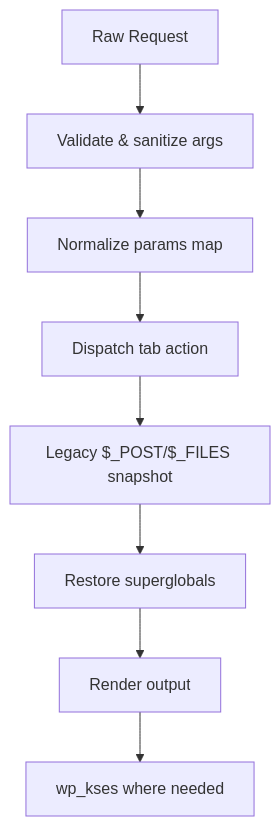
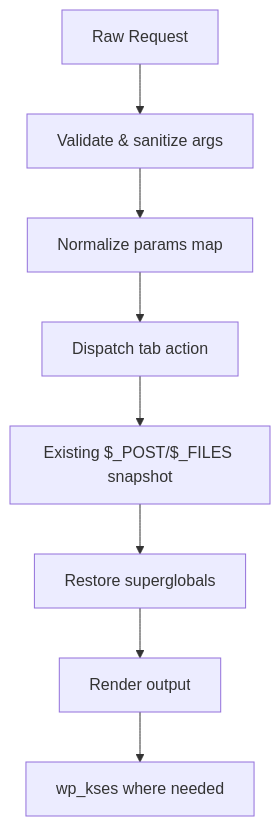
The sixth of 9 diagrams in .qoder/repowiki/en/content/Security & Authentication/Security & Authentication.md (onedogsolutions/simple-stack), drawn with Mermaid before and after one commit. The commit also changed other lines of this file and 5941 other files, not shown here.

````diff
--- a/.qoder/repowiki/en/content/Security & Authentication/Security & Authentication.md
+++ b/.qoder/repowiki/en/content/Security & Authentication/Security & Authentication.md
@@ -231,10 +259,10 @@
 ```mermaid
 flowchart TD
 Raw["Raw Request"] --> Validate["Validate & sanitize args"]
 Validate --> Params["Normalize params map"]
 Params --> Dispatch["Dispatch tab action"]
-Dispatch --> Legacy["Legacy $_POST/$_FILES snapshot"]
-Legacy --> Restore["Restore superglobals"]
+Dispatch --> Existing["Existing $_POST/$_FILES snapshot"]
+Existing --> Restore["Restore superglobals"]
 Restore --> Render["Render output"]
 Render --> Escape["wp_kses where needed"]
 ```
````
